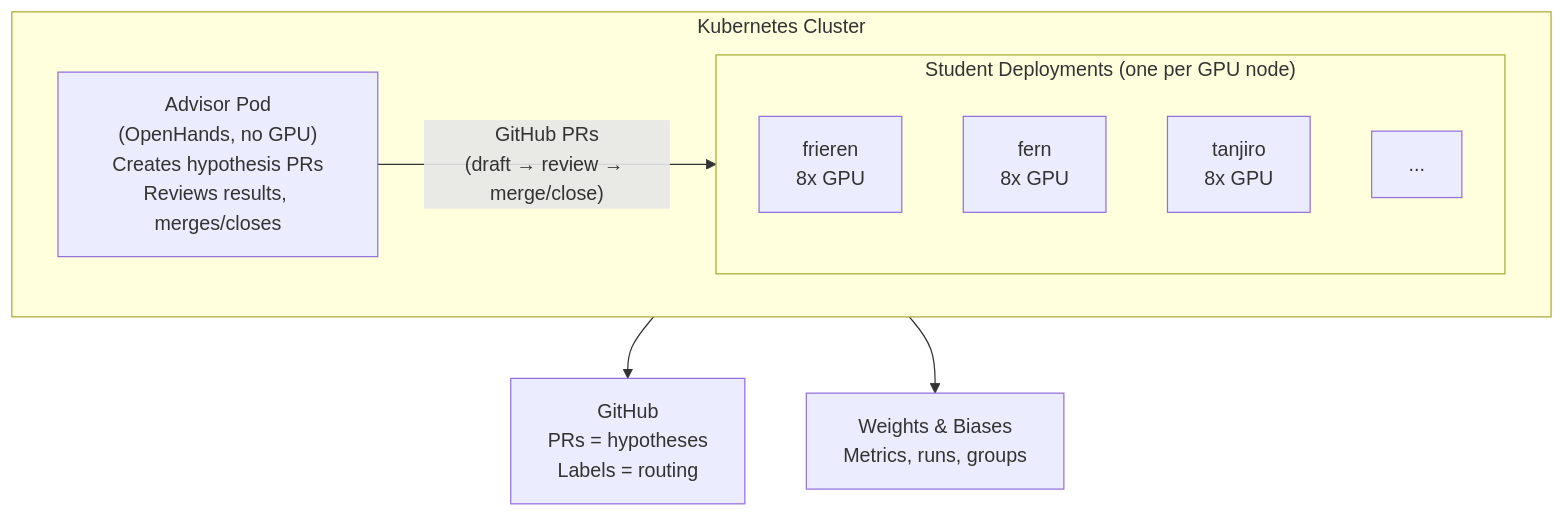
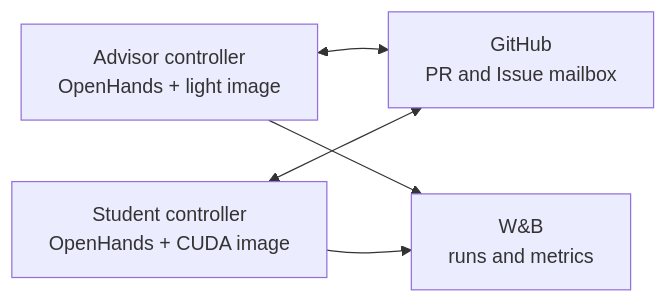
Before and after one commit to igneous-prose/senpai: the diagram in README.md, drawn with Mermaid. The commit also changed other lines of this file and 107 other files, not shown here.

Commit message:
Complete OpenHands control plane rewrite

````diff
--- a/README.md
+++ b/README.md
@@ -36,15 +22,12 @@
 ```mermaid
-graph TD
-    subgraph K8s["Kubernetes Cluster"]
-        A["Advisor Pod<br/>(OpenHands, no GPU)<br/>Creates hypothesis PRs<br/>Reviews results, merges/closes"]
-        subgraph Students["Student Deployments (one per GPU node)"]
-            S1["frieren<br/>8x GPU"]
-            S2["fern<br/>8x GPU"]
-            S3["tanjiro<br/>8x GPU"]
-            S4["..."]
-        end
-        A -->|"GitHub PRs<br/>(draft → review → merge/close)"| Students
-    end
-    K8s --> GH["GitHub<br/>PRs = hypotheses<br/>Labels = routing"]
-    K8s --> WB["Weights & Biases<br/>Metrics, runs, groups"]
+flowchart LR
+    GH["GitHub<br/>PR and Issue mailbox"]
+    WB["W&B<br/>runs and metrics"]
+    A["Advisor controller<br/>OpenHands + light image"]
+    S["Student controller<br/>OpenHands + CUDA image"]
+
+    A <--> GH
+    S <--> GH
+    A --> WB
+    S --> WB
 ```
````
